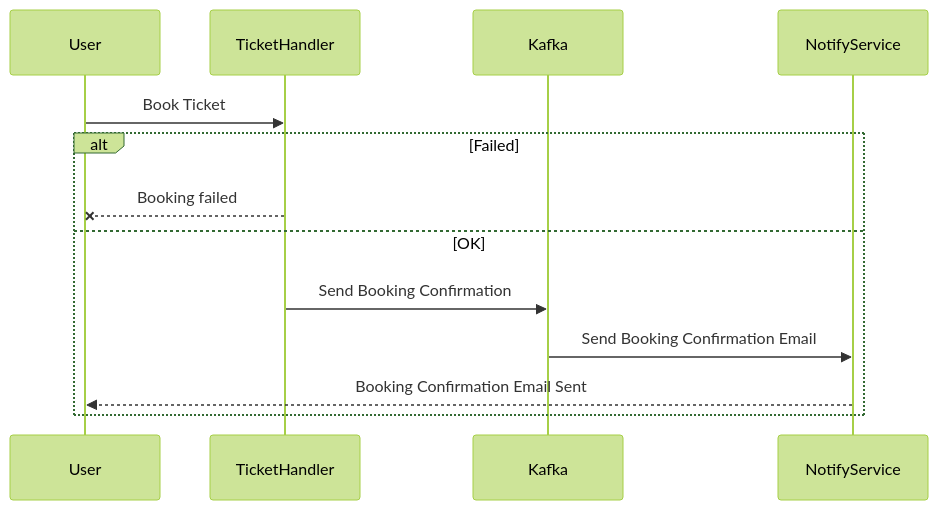
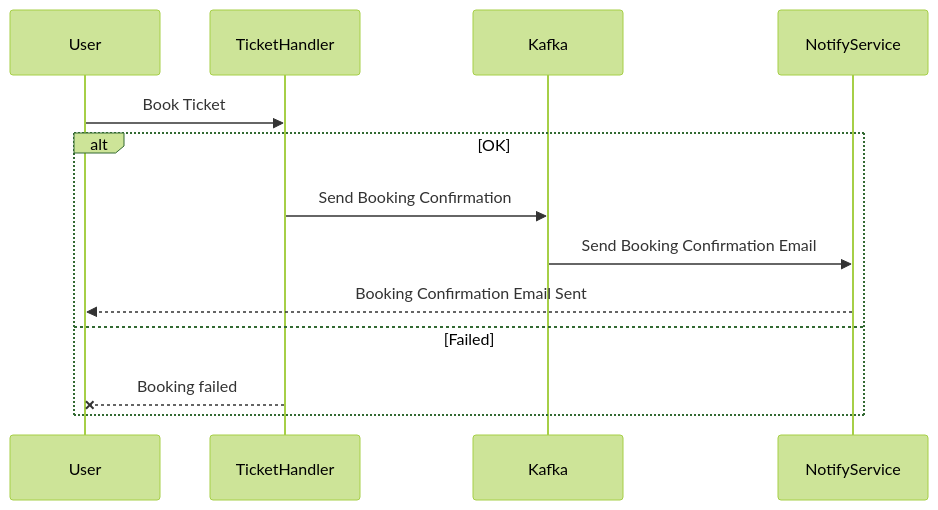
The diagram in docs/diagram/book-ticket.md (dilyara4949/flight-booking-api), drawn with Mermaid (forest theme) before and after one commit. The commit also changed 1 other file, not shown here.

Commit message:
fix: put first default route

````diff
--- a/docs/diagram/book-ticket.md
+++ b/docs/diagram/book-ticket.md
@@ -3,11 +3,11 @@
 ```mermaid
 sequenceDiagram
     User->>TicketHandler: Book Ticket
-    alt Failed
-        TicketHandler--xUser: Booking failed
-    else OK
+    alt OK
         TicketHandler->>Kafka: Send Booking Confirmation
         Kafka->>NotifyService: Send Booking Confirmation Email
         NotifyService-->>User: Booking Confirmation Email Sent
+    else Failed
+        TicketHandler--xUser: Booking failed
     end
 ```
````
